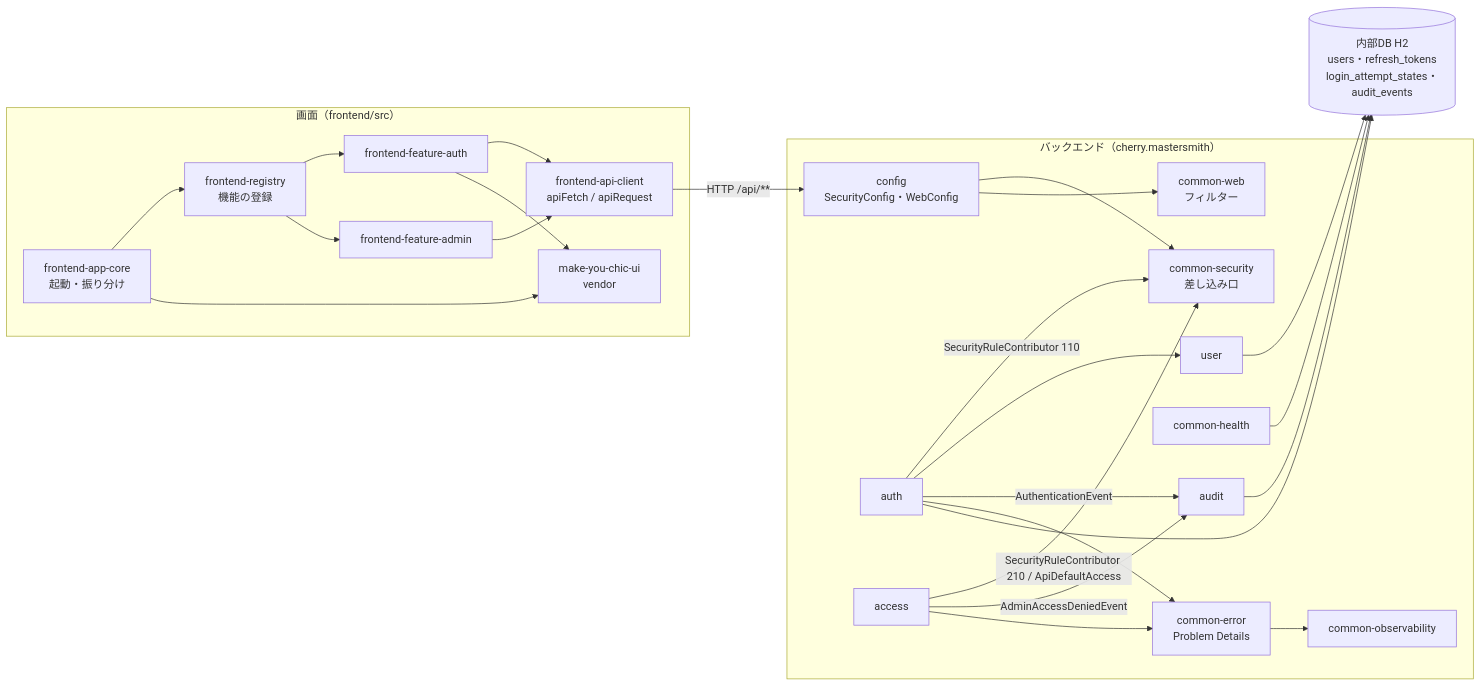
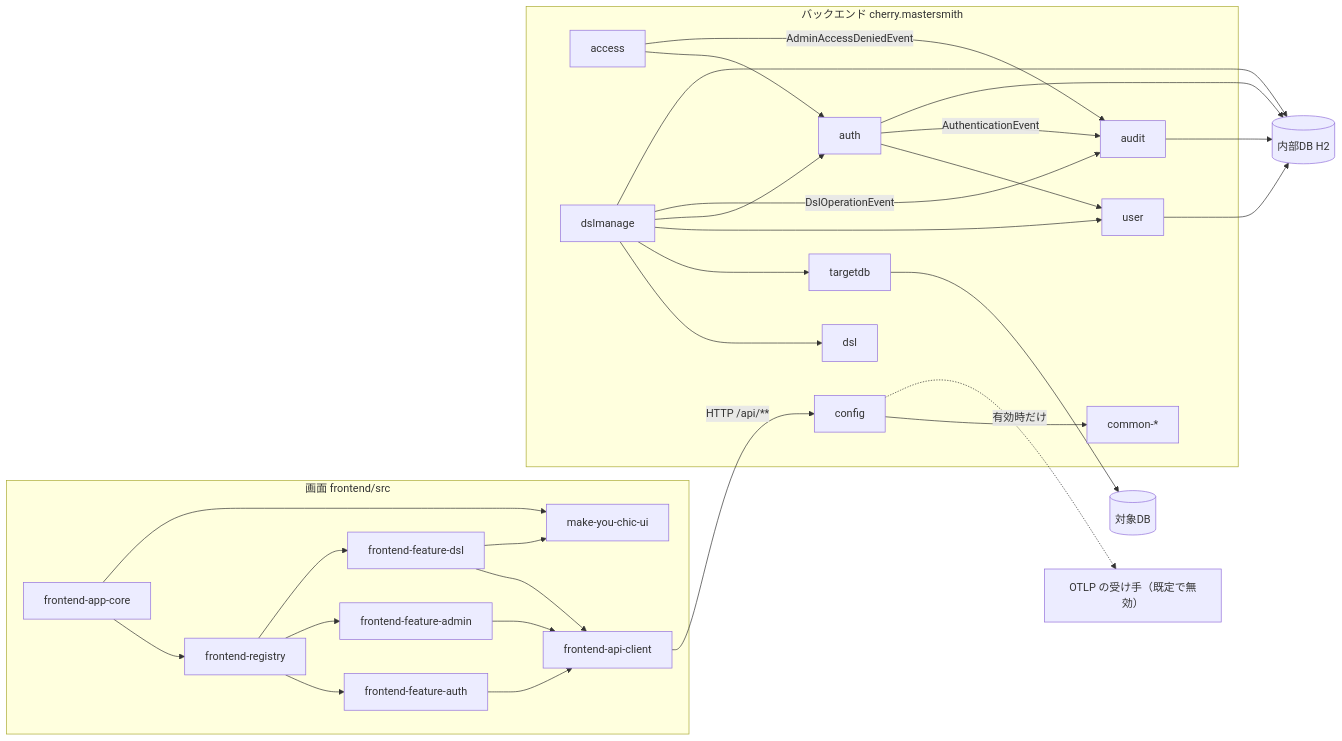
One commit to agwlvssainokuni/mastersmith2 changed the first of 4 diagrams in aidlc/spaces/default/codekb/mastersmith2/architecture.md. Above: the diagram before and after it, drawn with Mermaid. The commit also changed other lines of this file and 14 other files, not shown here.

````diff
--- a/aidlc/spaces/default/codekb/mastersmith2/architecture.md
+++ b/aidlc/spaces/default/codekb/mastersmith2/architecture.md
@@ -24,47 +29,53 @@
 ```mermaid
 flowchart LR
-  subgraph FE["画面（frontend/src）"]
-    APP["frontend-app-core<br/>起動・振り分け"]
-    REG["frontend-registry<br/>機能の登録"]
-    APIC["frontend-api-client<br/>apiFetch / apiRequest"]
+  subgraph FE["画面 frontend/src"]
+    APPC["frontend-app-core"]
+    REG["frontend-registry"]
+    APIC["frontend-api-client"]
     FAUTH["frontend-feature-auth"]
-    FADMIN["frontend-feature-admin"]
-    UI["make-you-chic-ui<br/>vendor"]
+    FADM["frontend-feature-admin"]
+    FDSL["frontend-feature-dsl"]
+    MYC["make-you-chic-ui"]
   end
-  subgraph BE["バックエンド（cherry.mastersmith）"]
-    CFG["config<br/>SecurityConfig・WebConfig"]
-    SEC["common-security<br/>差し込み口"]
-    ERR["common-error<br/>Problem Details"]
-    WEBF["common-web<br/>フィルター"]
-    OBS["common-observability"]
-    HEALTH["common-health"]
+  subgraph BE["バックエンド cherry.mastersmith"]
+    CFG["config"]
+    COMMON["common-*"]
     AUTH["auth"]
     ACCESS["access"]
     AUDIT["audit"]
     USER["user"]
+    TDB["targetdb"]
+    DSL["dsl"]
+    DSLM["dslmanage"]
   end
-  DB[("内部DB H2<br/>users・refresh_tokens<br/>login_attempt_states・audit_events")]
+  H2[("内部DB H2")]
+  TGT[("対象DB")]
+  OTLP["OTLP の受け手（既定で無効）"]
 
-  APP --> REG
+  APPC --> REG
   REG --> FAUTH
-  REG --> FADMIN
+  REG --> FADM
+  REG --> FDSL
   FAUTH --> APIC
-  FADMIN --> APIC
-  APP --> UI
-  FAUTH --> UI
+  FADM --> APIC
+  FDSL --> APIC
+  FDSL --> MYC
+  APPC --> MYC
   APIC -- "HTTP /api/**" --> CFG
-  CFG --> SEC
-  CFG --> WEBF
-  AUTH -- "SecurityRuleContributor 110" --> SEC
-  ACCESS -- "SecurityRuleContributor 210 / ApiDefaultAccess" --> SEC
+  CFG --> COMMON
   AUTH --> USER
+  ACCESS --> AUTH
+  DSLM --> DSL
+  DSLM --> TDB
+  DSLM --> USER
+  DSLM --> AUTH
   AUTH -- "AuthenticationEvent" --> AUDIT
   ACCESS -- "AdminAccessDeniedEvent" --> AUDIT
-  AUTH --> ERR
-  ACCESS --> ERR
-  AUTH --> DB
-  USER --> DB
-  AUDIT --> DB
-  HEALTH --> DB
-  ERR --> OBS
+  DSLM -- "DslOperationEvent" --> AUDIT
+  AUTH --> H2
+  USER --> H2
+  AUDIT --> H2
+  DSLM --> H2
+  TDB --> TGT
+  CFG -. "有効時だけ" .-> OTLP
 ```
````
